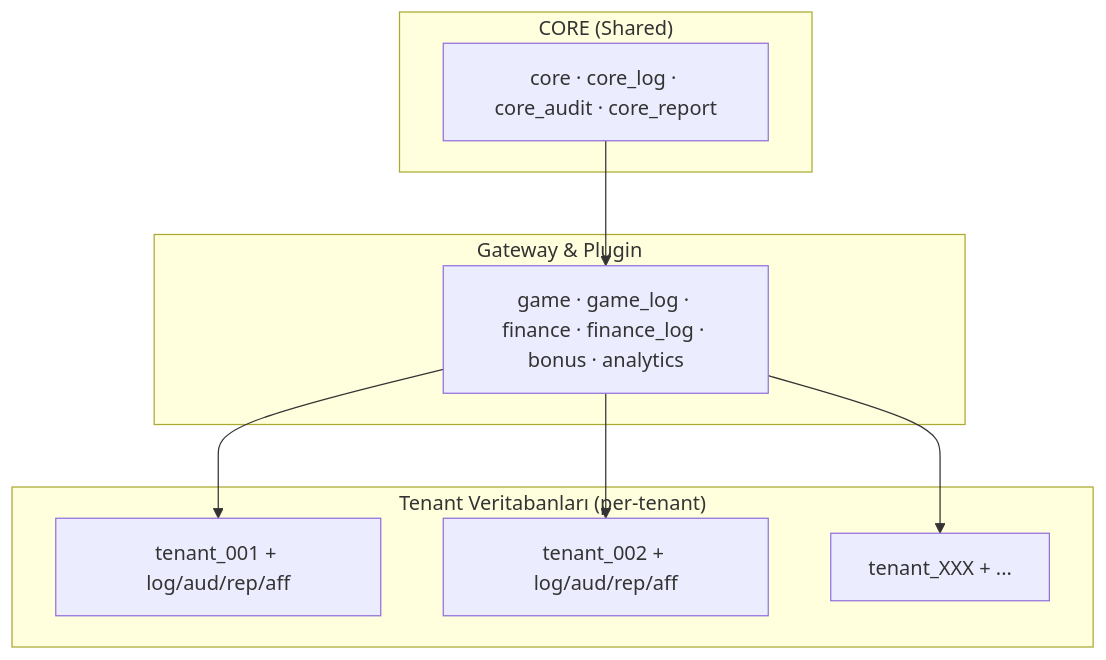
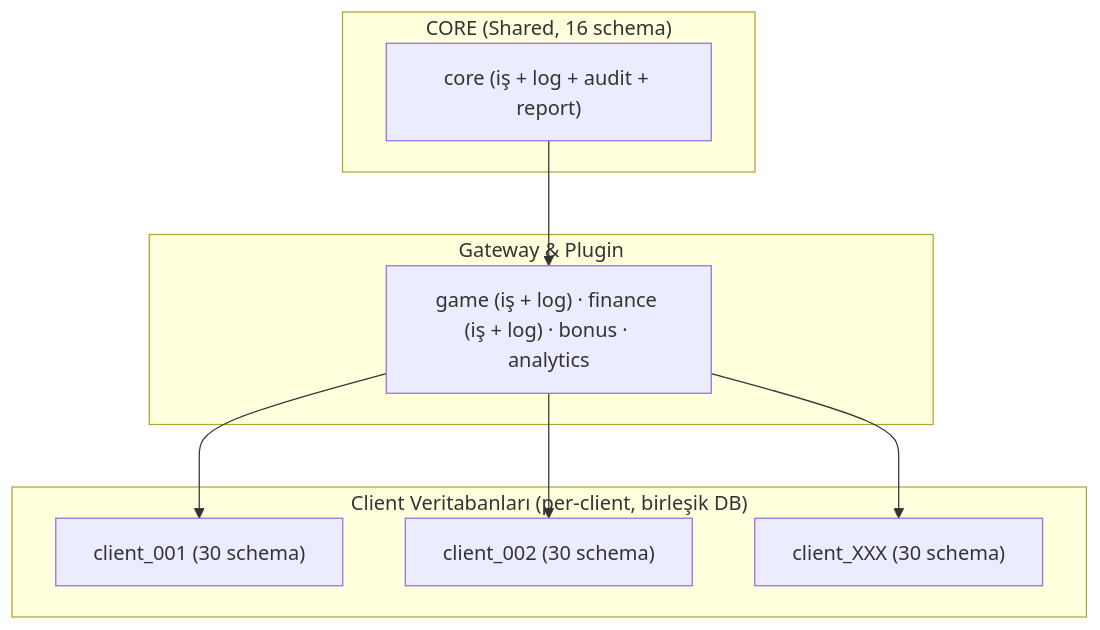
One commit to frhtshn/One.DB changed the diagram in .docs/reference/DATABASE_ARCHITECTURE.md. Above: the diagram before and after it, drawn with Mermaid. The commit also changed other lines of this file and 442 other files, not shown here.

First line of the commit message:
Nucleo → Sortis One ve tenant → client içerik güncellemeleri

````diff
--- a/.docs/reference/DATABASE_ARCHITECTURE.md
+++ b/.docs/reference/DATABASE_ARCHITECTURE.md
@@ -20,18 +21,18 @@
 ```mermaid
 flowchart TD
-    subgraph core["CORE (Shared)"]
-        CD["core · core_log · core_audit · core_report"]
+    subgraph core["CORE (Shared, 16 schema)"]
+        CD["core (iş + log + audit + report)"]
     end
     subgraph gw["Gateway & Plugin"]
-        GD["game · game_log · finance · finance_log · bonus · analytics"]
+        GD["game (iş + log) · finance (iş + log) · bonus · analytics"]
     end
-    subgraph tenants["Tenant Veritabanları (per-tenant)"]
-        T1["tenant_001 + log/aud/rep/aff"]
-        T2["tenant_002 + log/aud/rep/aff"]
-        TX["tenant_XXX + ..."]
+    subgraph clients["Client Veritabanları (per-client, birleşik DB)"]
+        T1["client_001 (30 schema)"]
+        T2["client_002 (30 schema)"]
+        TX["client_XXX (30 schema)"]
     end
     CD --> GD
     GD --> T1
     GD --> T2
     GD --> TX
 ```
````
